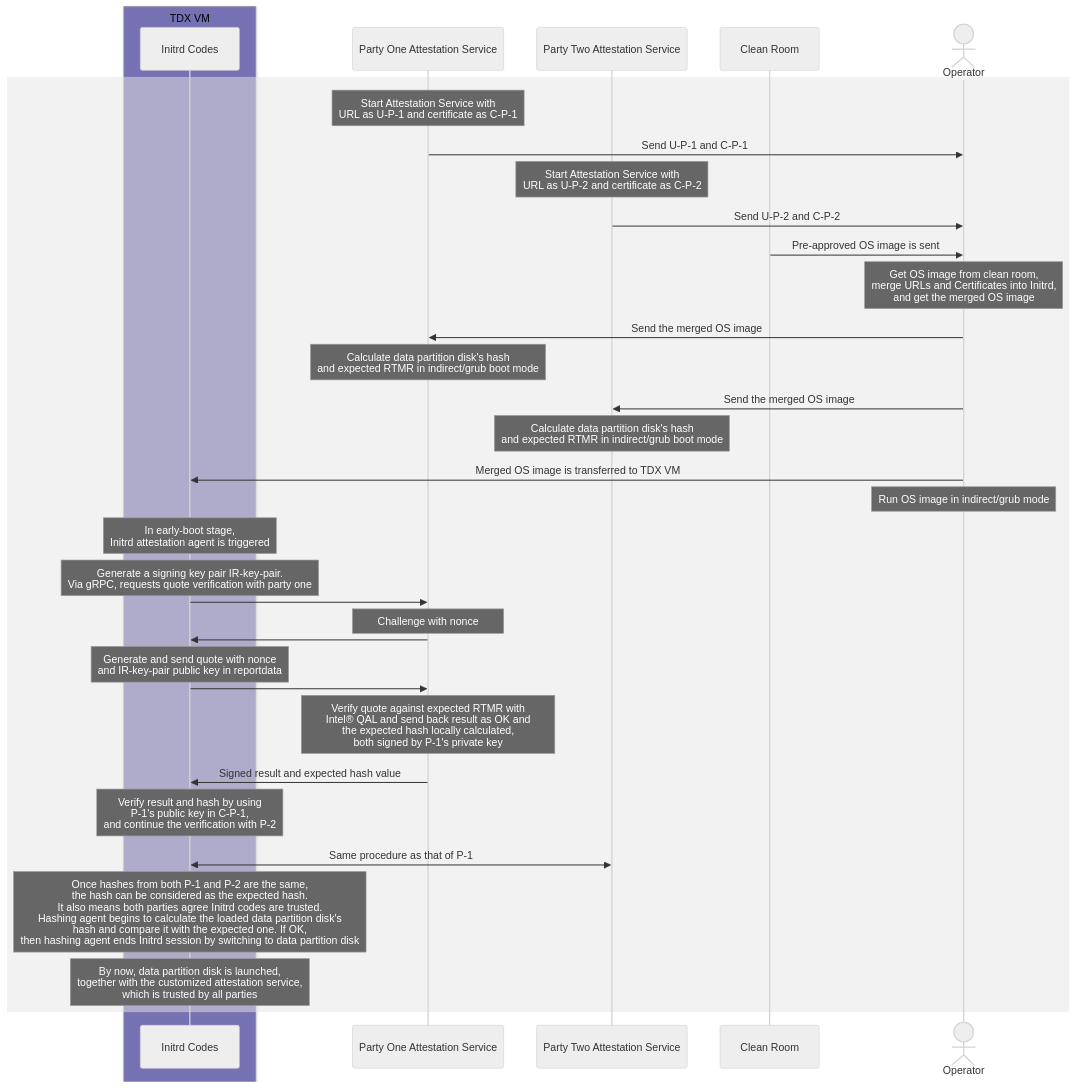
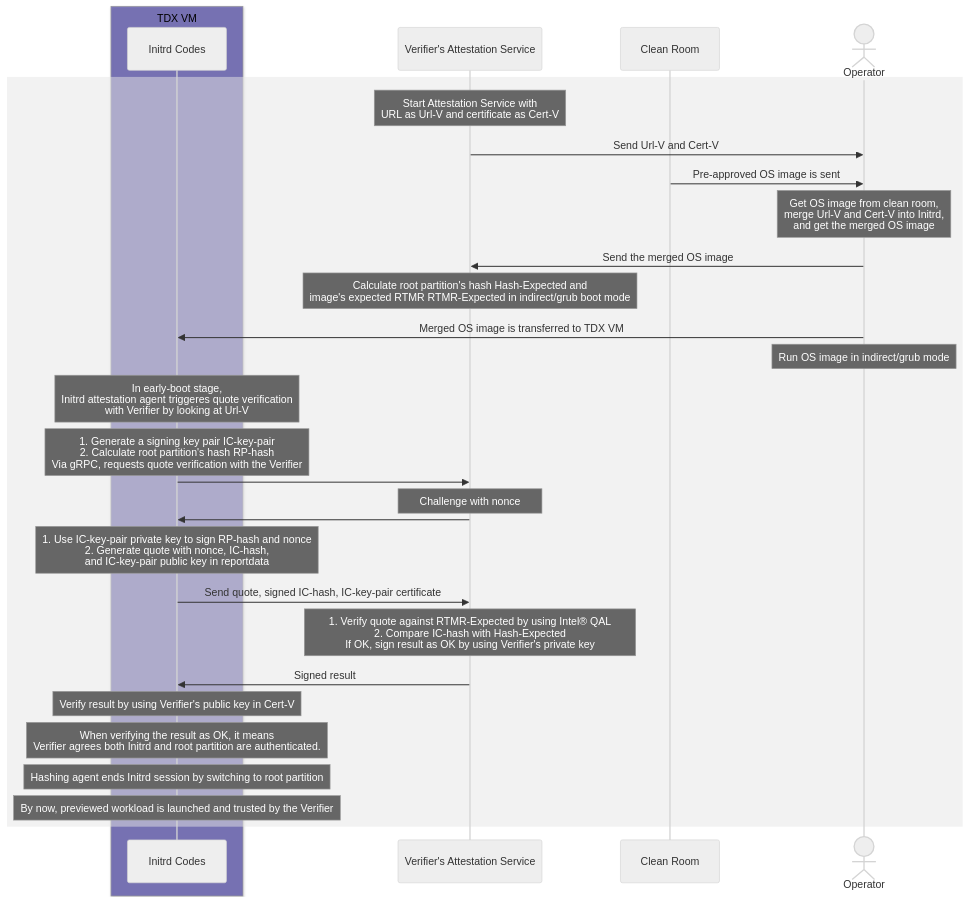
One commit to elvis77-op/VTB changed the second of 2 diagrams in README.md. Above: the diagram before and after it, drawn with Mermaid (neutral theme). The commit also changed other lines of this file and 1 other file, not shown here.

Commit message:
adjust README

````diff
--- a/README.md
+++ b/README.md
@@ -43,39 +40,34 @@
 ```mermaid
 sequenceDiagram
     box rgba(19, 9, 137, 0.5) TDX VM
-      participant IR as Initrd Codes
+      participant IC as Initrd Codes
     end
-    participant P-1 as Party One Attestation Service
-    participant P-2 as Party Two Attestation Service
+    participant P-1 as Verifier's Attestation Service
     participant CR as Clean Room
     actor ADMIN as Operator
 
     rect rgba(230,230,230,0.5)
-        Note over P-1: Start Attestation Service with <br> URL as U-P-1 and certificate as C-P-1
-        P-1->>ADMIN: Send U-P-1 and C-P-1
-        Note over P-2: Start Attestation Service with <br> URL as U-P-2 and certificate as C-P-2
-        P-2->>ADMIN: Send U-P-2 and C-P-2
+        Note over P-1: Start Attestation Service with <br> URL as Url-V and certificate as Cert-V
+        P-1->>ADMIN: Send Url-V and Cert-V
         CR->>ADMIN: Pre-approved OS image is sent
-        Note over ADMIN: Get OS image from clean room, <br>merge URLs and Certificates into Initrd,<br> and get the merged OS image
+        Note over ADMIN: Get OS image from clean room, <br>merge Url-V and Cert-V into Initrd,<br> and get the merged OS image
         ADMIN->>P-1: Send the merged OS image
-        Note over P-1: Calculate data partition disk's hash <br>and expected RTMR in indirect/grub boot mode
-        ADMIN->>P-2: Send the merged OS image
-	    Note over P-2: Calculate data partition disk's hash <br>and expected RTMR in indirect/grub boot mode
-        ADMIN->>IR: Merged OS image is transferred to TDX VM
+        Note over P-1: Calculate root partition's hash Hash-Expected and <br>image's expected RTMR RTMR-Expected in indirect/grub boot mode
+        ADMIN->>IC: Merged OS image is transferred to TDX VM
 	    Note over ADMIN: Run OS image in indirect/grub mode
-        Note over IR: In early-boot stage, <br>Initrd attestation agent is triggered
-        Note over IR: Generate a signing key pair IR-key-pair.<br> Via gRPC, requests quote verification with party one
-        IR->>P-1: 
+        Note over IC: In early-boot stage, <br>Initrd attestation agent triggeres quote verification<br>with Verifier by looking at Url-V
+        Note over IC: 1. Generate a signing key pair IC-key-pair<br>2. Calculate root partition's hash RP-hash<br>Via gRPC, requests quote verification with the Verifier
+        IC->>P-1: 
         Note over P-1: Challenge with nonce
-        P-1->>IR:
-        Note over IR: Generate and send quote with nonce <br>and IR-key-pair public key in reportdata 
-	    IR->>P-1: 
-        Note over P-1: Verify quote against expected RTMR with <br>Intel#174; QAL and send back result as OK and <br>the expected hash locally calculated, <br>both signed by P-1's private key
-	    P-1->>IR: Signed result and expected hash value
-	    Note over IR: Verify result and hash by using <br>P-1's public key in C-P-1, <br>and continue the verification with P-2
-	IR<<->>P-2: Same procedure as that of P-1
-	Note over IR: Once hashes from both P-1 and P-2 are the same, <br>the hash can be considered as the expected hash. <br>It also means both parties agree Initrd codes are trusted. <br>Hashing agent begins to calculate the loaded data partition disk's <br>hash and compare it with the expected one. If OK, <br>then hashing agent ends Initrd session by switching to data partition disk
-    Note over IR: By now, data partition disk is launched, <br>together with the customized attestation service, <br>which is trusted by all parties
+        P-1->>IC:
+        Note over IC: 1. Use IC-key-pair private key to sign RP-hash and nonce <br>2. Generate quote with nonce, IC-hash, <br>and IC-key-pair public key in reportdata 
+	    IC->>P-1: Send quote, signed IC-hash, IC-key-pair certificate
+        Note over P-1: 1. Verify quote against RTMR-Expected by using Intel#174; QAL <br>2. Compare IC-hash with Hash-Expected <br>If OK, sign result as OK by using Verifier's private key  
+	    P-1->>IC: Signed result
+	    Note over IC: Verify result by using Verifier's public key in Cert-V
+        Note over IC: When verifying the result as OK, it means <br> Verifier agrees both Initrd and root partition are authenticated. 
+    Note over IC: Hashing agent ends Initrd session by switching to root partition 
+    Note over IC: By now, previewed workload is launched and trusted by the Verifier
     end	 
     
 ```
````
